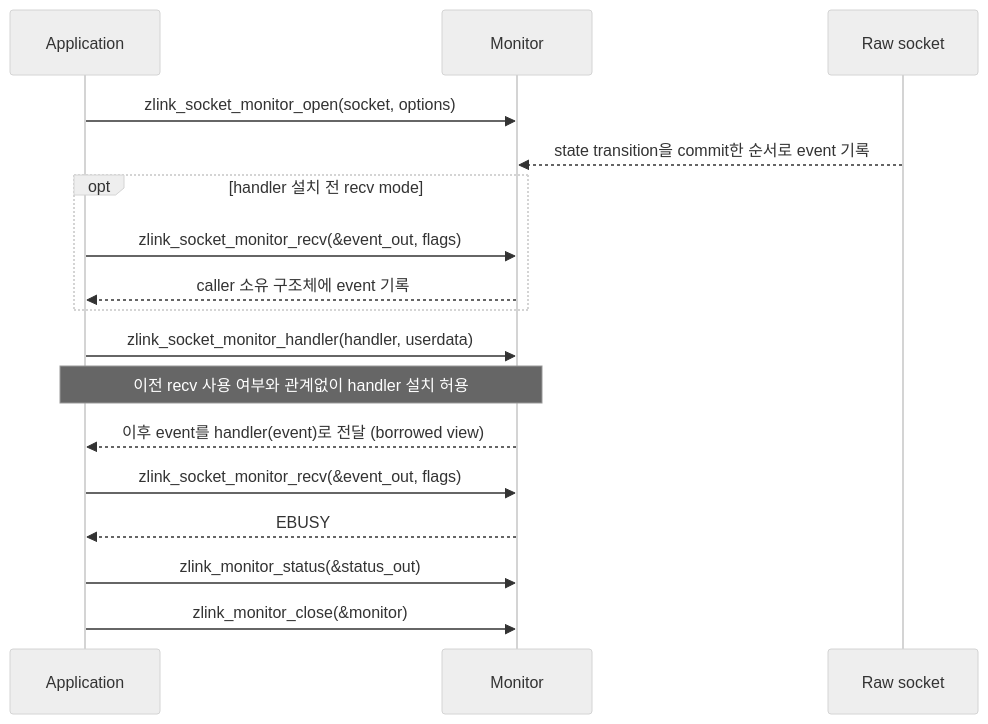
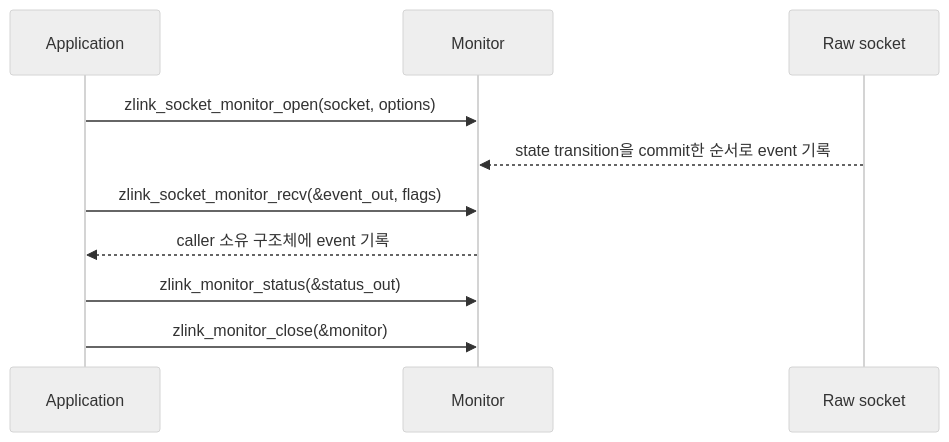
One commit to zlink-systems/zlink changed the diagram in core/doc/spec/core/06-monitoring.ko.md. Above: the diagram before and after it, drawn with Mermaid (neutral theme). The commit also changed other lines of this file and 49 other files, not shown here.

````diff
--- a/core/doc/spec/core/06-monitoring.ko.md
+++ b/core/doc/spec/core/06-monitoring.ko.md
@@ -59,19 +52,12 @@
 ```mermaid
 sequenceDiagram
     participant App as Application
     participant Mon as Monitor
     participant S as Raw socket
     App->>Mon: zlink_socket_monitor_open(socket, options)
     S-->>Mon: state transition을 commit한 순서로 event 기록
-    opt handler 설치 전 recv mode
-        App->>Mon: zlink_socket_monitor_recv(&event_out, flags)
-        Mon-->>App: caller 소유 구조체에 event 기록
-    end
-    App->>Mon: zlink_socket_monitor_handler(handler, userdata)
-    Note over App,Mon: 이전 recv 사용 여부와 관계없이 handler 설치 허용
-    Mon-->>App: 이후 event를 handler(event)로 전달 (borrowed view)
     App->>Mon: zlink_socket_monitor_recv(&event_out, flags)
-    Mon-->>App: EBUSY
+    Mon-->>App: caller 소유 구조체에 event 기록
     App->>Mon: zlink_monitor_status(&status_out)
     App->>Mon: zlink_monitor_close(&monitor)
 ```
````
